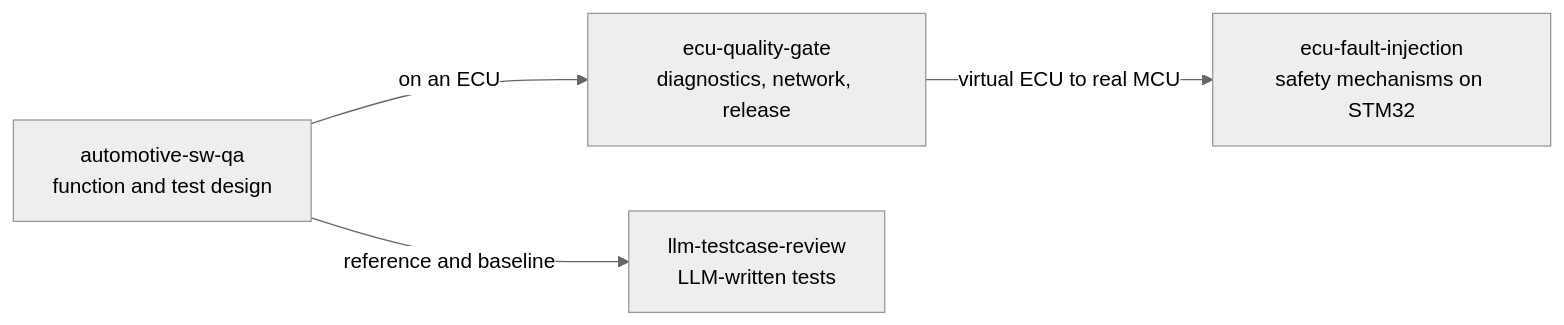
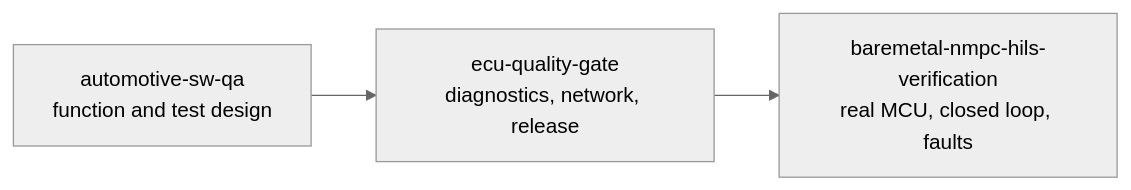
One commit to eungyun-im/eungyun-im changed the diagram in README.md. Above: the diagram before and after it, drawn with Mermaid (neutral theme). The commit also changed other lines of this file and 1 other file, not shown here.

````diff
--- a/README.md
+++ b/README.md
@@ -29,6 +23,5 @@
 ```mermaid
 flowchart LR
-    A[automotive-sw-qa<br>function and test design] -- on an ECU --> B[ecu-quality-gate<br>diagnostics, network, release]
-    A -- reference and baseline --> C[llm-testcase-review<br>LLM-written tests]
-    B -- virtual ECU to real MCU --> D[ecu-fault-injection<br>safety mechanisms on STM32]
+    A[automotive-sw-qa<br>function and test design] --> B[ecu-quality-gate<br>diagnostics, network, release]
+    B --> C[baremetal-nmpc-hils-verification<br>real MCU, closed loop, faults]
 ```
````
